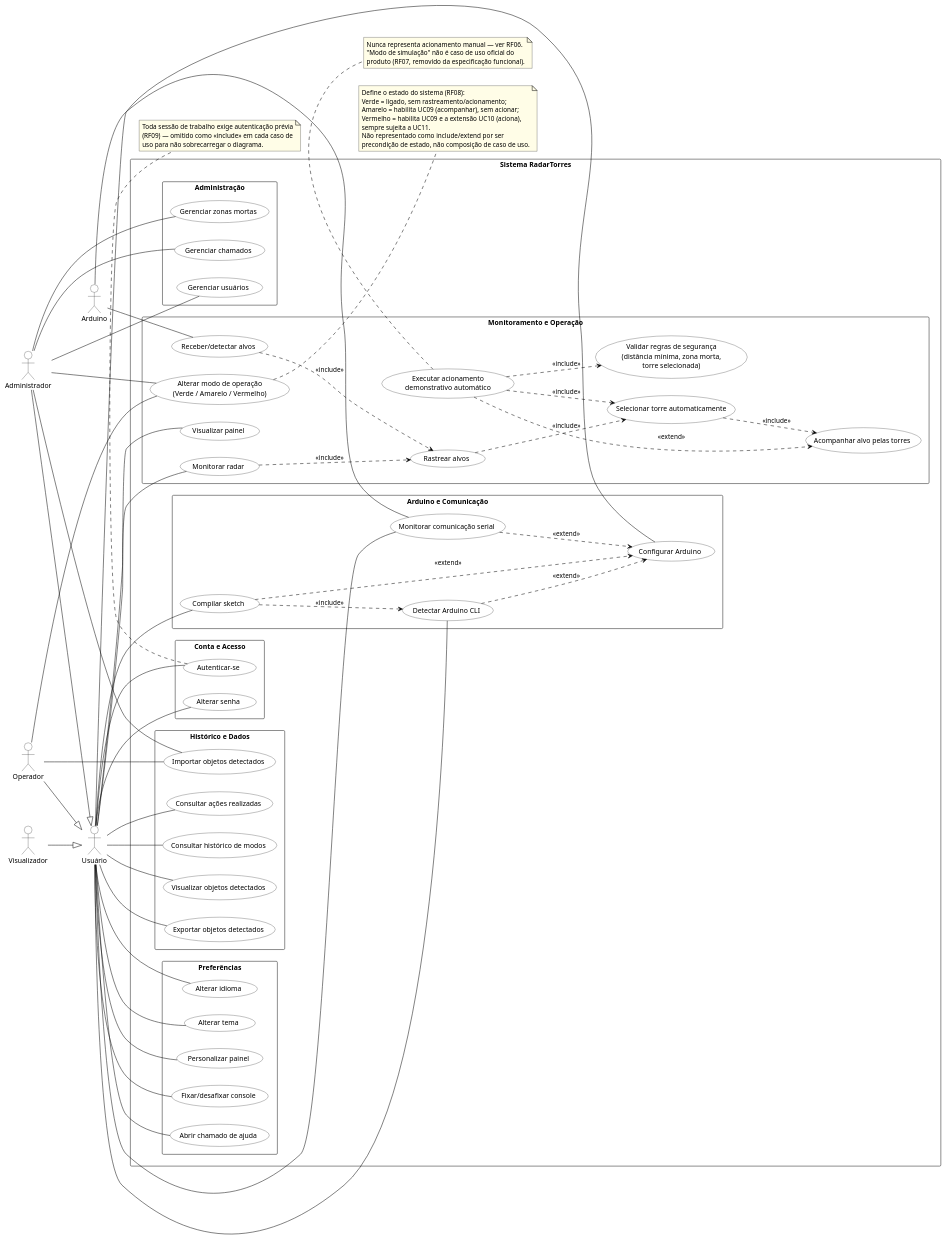
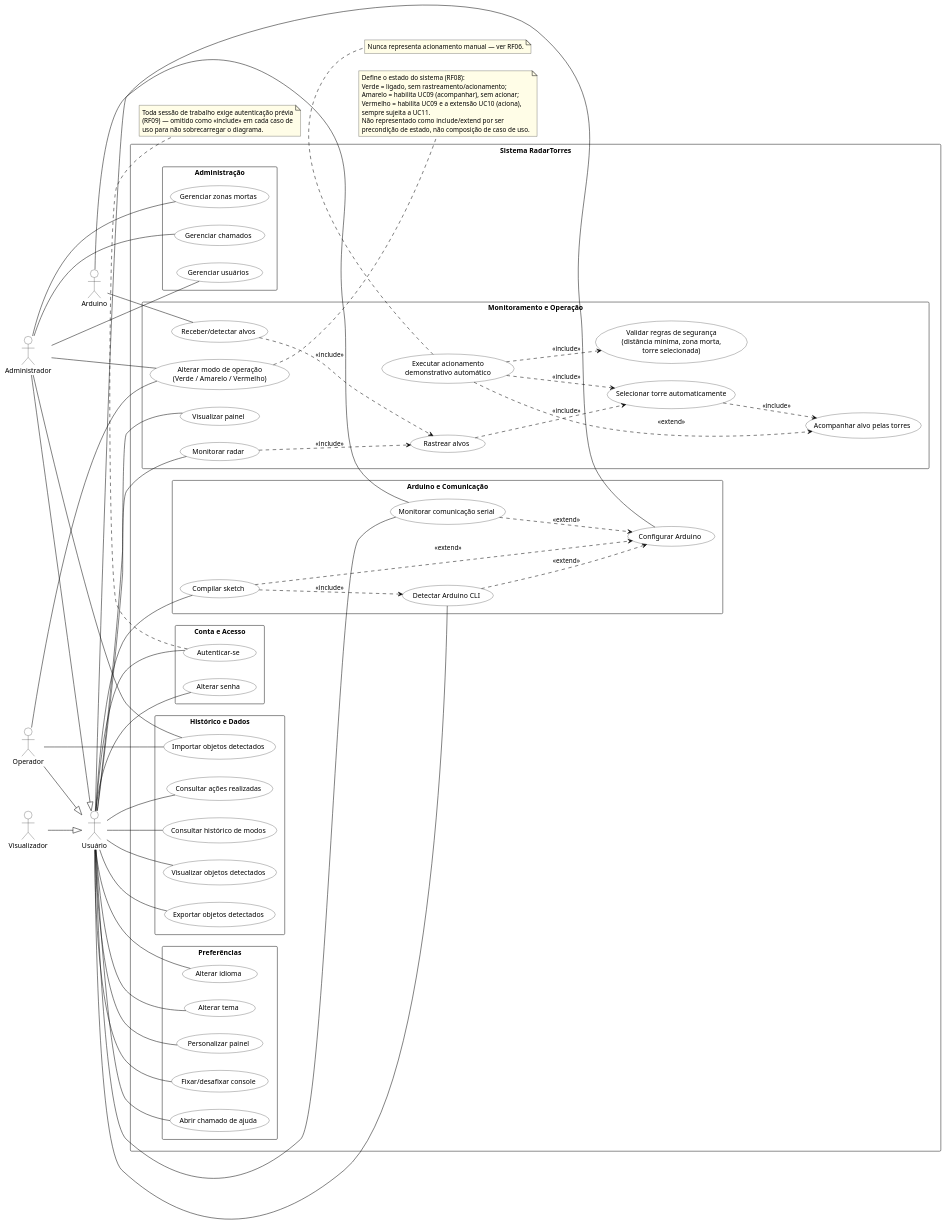
One commit to Matheus-Emanoel-Souza/Sistema_Rastreamento_Alvos_Arduino changed the diagram in Docs/Documentos_Entregaveis/UML/Diagrama_Casos_de_Uso.puml. Above: the diagram before and after it, drawn with PlantUML. The commit also changed 12 other files, not shown here.

First line of the commit message:
docs: remove o modo de simulação da documentação do TCC

```diff
--- a/Docs/Documentos_Entregaveis/UML/Diagrama_Casos_de_Uso.puml
+++ b/Docs/Documentos_Entregaveis/UML/Diagrama_Casos_de_Uso.puml
@@ -1,162 +1,160 @@
 @startuml Diagrama_Casos_de_Uso
 
 ' RadarTorres — Diagrama de Casos de Uso
 ' Gerado a partir dos requisitos funcionais/não funcionais revisados
 ' (ver Casos_de_Uso.md, nesta mesma pasta, para a especificação completa).
 ' Convenção: casos de uso puramente automáticos (reação do sistema a uma leitura do Arduino
 ' ou a um modo já ativo) não recebem linha de ator — são alcançados só por <<include>>/
 ' <<extend>> a partir de quem realmente os aciona (Usuário observando o radar, ou Arduino
 ' enviando leituras). Isso reforça que não há acionamento manual (ver RF06/RF08).
 
 left to right direction
 skinparam shadowing false
 skinparam packageStyle rectangle
 skinparam usecase {
   BackgroundColor White
   BorderColor Black
   ArrowColor Black
 }
 skinparam actor {
   BackgroundColor White
   BorderColor Black
 }
 skinparam note {
   BackgroundColor #FFFDE7
   BorderColor Black
 }
 
 actor "Usuário" as Usuario
 actor "Administrador" as Administrador
 actor "Operador" as Operador
 actor "Visualizador" as Visualizador
 actor "Arduino" as Arduino
 
 Administrador --|> Usuario
 Operador --|> Usuario
 Visualizador --|> Usuario
 
 rectangle "Sistema RadarTorres" {
 
   package "Conta e Acesso" {
     usecase "Autenticar-se" as UC01
     usecase "Alterar senha" as UC02
   }
 
   package "Monitoramento e Operação" {
     usecase "Visualizar painel" as UC03
     usecase "Monitorar radar" as UC04
     usecase "Receber/detectar alvos" as UC05
     usecase "Rastrear alvos" as UC06
     usecase "Selecionar torre automaticamente" as UC07
     usecase "Alterar modo de operação\n(Verde / Amarelo / Vermelho)" as UC08
     usecase "Acompanhar alvo pelas torres" as UC09
     usecase "Executar acionamento\ndemonstrativo automático" as UC10
     usecase "Validar regras de segurança\n(distância mínima, zona morta,\ntorre selecionada)" as UC11
   }
 
   package "Histórico e Dados" {
     usecase "Visualizar objetos detectados" as UC12
     usecase "Exportar objetos detectados" as UC13
     usecase "Importar objetos detectados" as UC14
     usecase "Consultar ações realizadas" as UC15
     usecase "Consultar histórico de modos" as UC16
   }
 
   package "Administração" {
     usecase "Gerenciar usuários" as UC17
     usecase "Gerenciar zonas mortas" as UC18
     usecase "Gerenciar chamados" as UC24
   }
 
   package "Preferências" {
     usecase "Alterar idioma" as UC19
     usecase "Alterar tema" as UC20
     usecase "Personalizar painel" as UC21
     usecase "Fixar/desafixar console" as UC22
     usecase "Abrir chamado de ajuda" as UC23
   }
 
   package "Arduino e Comunicação" {
     usecase "Configurar Arduino" as UC25
     usecase "Detectar Arduino CLI" as UC26
     usecase "Compilar sketch" as UC27
     usecase "Monitorar comunicação serial" as UC28
   }
 }
 
 ' ---------------------------------------------------------------- Associações ator → caso de uso
 ' "Usuário" cobre o que qualquer perfil autenticado pode fazer (PermissionService.PodeVerMenu
 ' só restringe "Usuários"; export/idioma/tema/painel/Arduino não têm checagem de perfil).
 Usuario -- UC01
 Usuario -- UC02
 Usuario -- UC03
 Usuario -- UC04
 Usuario -- UC12
 Usuario -- UC13
 Usuario -- UC15
 Usuario -- UC16
 Usuario -- UC19
 Usuario -- UC20
 Usuario -- UC21
 Usuario -- UC22
 Usuario -- UC23
 Usuario -- UC25
 Usuario -- UC26
 Usuario -- UC27
 Usuario -- UC28
 
 ' PodeExecutarAcoes == true para Administrador e Operador (falso só para Visualizador) —
 ' por isso as duas associações abaixo, não só uma.
 Administrador -- UC08
 Operador -- UC08
 Administrador -- UC14
 Operador -- UC14
 
 ' PodeGerenciarUsuarios / PodeGerenciarZonasMortas — exclusivos de Administrador.
 Administrador -- UC17
 Administrador -- UC18
 ' Gerenciar chamados (RF23) ainda não tem tela nem checagem de permissão no código
 ' (Status: Planejado) — mantido só em Administrador por ser a extensão natural de RF22/
 ' RF23 (campos RespostaAdmin/DataResolucao), não por permissão já implementada.
 Administrador -- UC24
 
 Arduino -- UC05
 Arduino -- UC28
 
 ' ---------------------------------------------------------------- Relacionamentos <<include>>/<<extend>>
 UC04 ..> UC06 : <<include>>
 UC05 ..> UC06 : <<include>>
 UC06 ..> UC07 : <<include>>
 UC07 ..> UC09 : <<include>>
 UC10 ..> UC09 : <<extend>>
 UC10 ..> UC07 : <<include>>
 UC10 ..> UC11 : <<include>>
 
 UC27 ..> UC26 : <<include>>
 UC26 ..> UC25 : <<extend>>
 UC27 ..> UC25 : <<extend>>
 UC28 ..> UC25 : <<extend>>
 
 note right of UC08
   Define o estado do sistema (RF08):
   Verde = ligado, sem rastreamento/acionamento;
   Amarelo = habilita UC09 (acompanhar), sem acionar;
   Vermelho = habilita UC09 e a extensão UC10 (aciona),
   sempre sujeita a UC11.
   Não representado como include/extend por ser
   precondição de estado, não composição de caso de uso.
 end note
 
 note bottom of UC01
   Toda sessão de trabalho exige autenticação prévia
   (RF09) — omitido como <<include>> em cada caso de
   uso para não sobrecarregar o diagrama.
 end note
 
 note bottom of UC10
   Nunca representa acionamento manual — ver RF06.
-  "Modo de simulação" não é caso de uso oficial do
-  produto (RF07, removido da especificação funcional).
 end note
 
 @enduml
```
